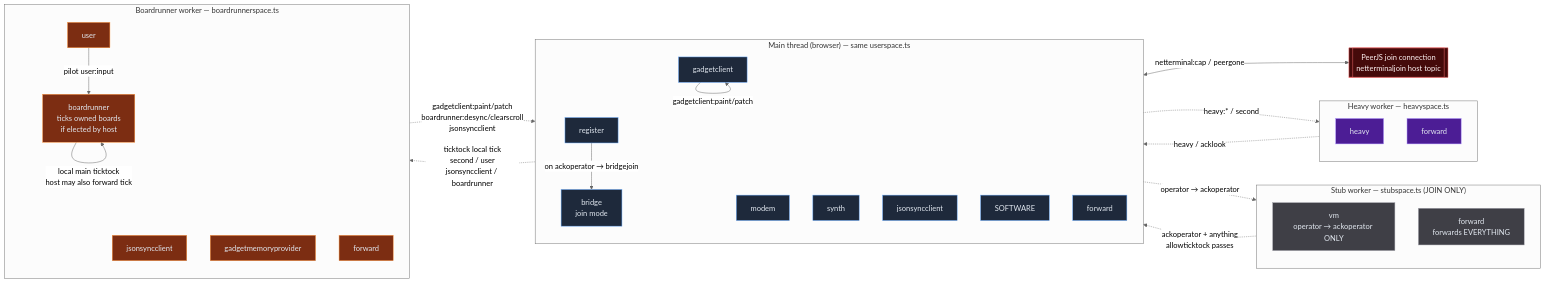
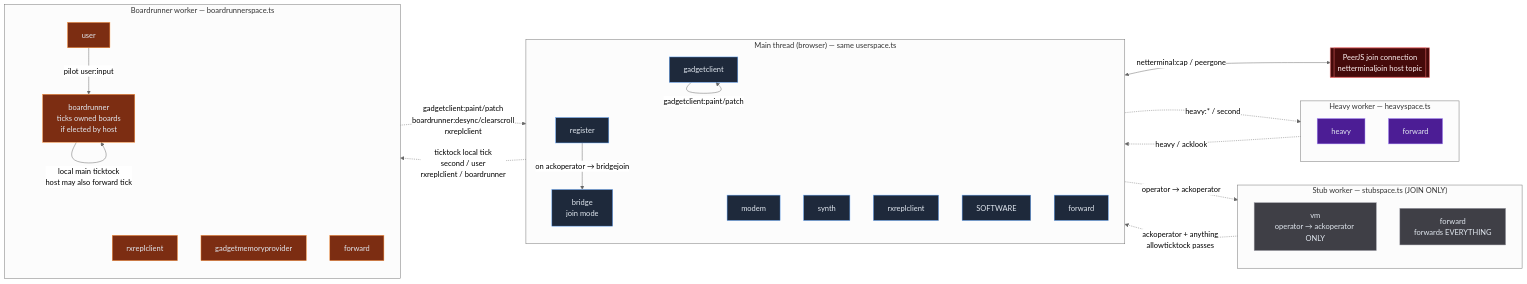
One commit to goldbuick/zed-software-system changed the third of 4 diagrams in zss/device/docs/host-vs-join-architecture.md. Above: the diagram before and after it, drawn with Mermaid (neutral theme). The commit also changed other lines of this file and 55 other files, not shown here.

````diff
--- a/zss/device/docs/host-vs-join-architecture.md
+++ b/zss/device/docs/host-vs-join-architecture.md
@@ -260,64 +264,64 @@
 ```mermaid
 flowchart LR
   classDef main fill:#1e293b,stroke:#60a5fa,color:#e2e8f0
   classDef stub fill:#3f3f46,stroke:#a1a1aa,color:#e2e8f0
   classDef heavy fill:#4c1d95,stroke:#a78bfa,color:#e2e8f0
   classDef br fill:#7c2d12,stroke:#fb923c,color:#e2e8f0
   classDef peer fill:#450a0a,stroke:#f87171,color:#fef2f2
 
   subgraph MAIN["Main thread (browser) — same userspace.ts"]
     direction TB
     J_REG[register]:::main
     J_GC[gadgetclient]:::main
     J_BR[bridge<br/>join mode]:::main
     J_MDM[modem]:::main
     J_SYN[synth]:::main
-    J_JSC[jsonsyncclient]:::main
+    J_RXC[rxreplclient]:::main
     J_SW[SOFTWARE]:::main
     J_FWD[forward]:::main
   end
 
   subgraph STUB["Stub worker — stubspace.ts (JOIN ONLY)"]
     direction TB
     ST_VM[vm<br/>operator → ackoperator ONLY]:::stub
     ST_FWD[forward<br/>forwards EVERYTHING]:::stub
   end
 
   subgraph HEAVY["Heavy worker — heavyspace.ts"]
     direction TB
     JHV_H[heavy]:::heavy
     JHV_FWD[forward]:::heavy
   end
 
   subgraph BR["Boardrunner worker — boardrunnerspace.ts"]
     direction TB
     JB_BR[boardrunner<br/>ticks owned boards<br/>if elected by host]:::br
     JB_USR[user]:::br
-    JB_JSC[jsonsyncclient]:::br
+    JB_RXC[rxreplclient]:::br
     JB_GMP[gadgetmemoryprovider]:::br
     JB_FWD[forward]:::br
   end
 
   PEER[[PeerJS join connection<br/>netterminaljoin host topic]]:::peer
 
   %% Main local
   J_REG -->|on ackoperator → bridgejoin| J_BR
   J_BR <-->|netterminal:cap / peergone| PEER
   J_GC -->|gadgetclient:paint/patch| J_GC
 
   %% Main -> stub vm (local VM is a stub)
   J_FWD -. operator → ackoperator .-> ST_FWD
   ST_FWD -. ackoperator + anything<br/>allowticktock passes .-> J_FWD
 
   %% Main -> Heavy (unchanged)
   J_FWD -. heavy:* / second .-> JHV_FWD
   JHV_FWD -. heavy / acklook .-> J_FWD
 
   %% Main -> Boardrunner (unchanged)
-  J_FWD -. ticktock local tick<br/>second / user<br/>jsonsyncclient / boardrunner .-> JB_FWD
-  JB_FWD -. gadgetclient:paint/patch<br/>boardrunner:desync/clearscroll<br/>jsonsyncclient .-> J_FWD
+  J_FWD -. ticktock local tick<br/>second / user<br/>rxreplclient / boardrunner .-> JB_FWD
+  JB_FWD -. gadgetclient:paint/patch<br/>boardrunner:desync/clearscroll<br/>rxreplclient .-> J_FWD
 
   %% Boardrunner internals
   JB_BR -->|local main ticktock<br/>host may also forward tick| JB_BR
   JB_USR -->|pilot user:input| JB_BR
 ```
````
